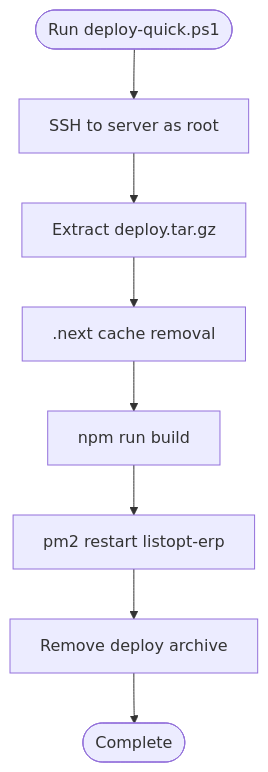
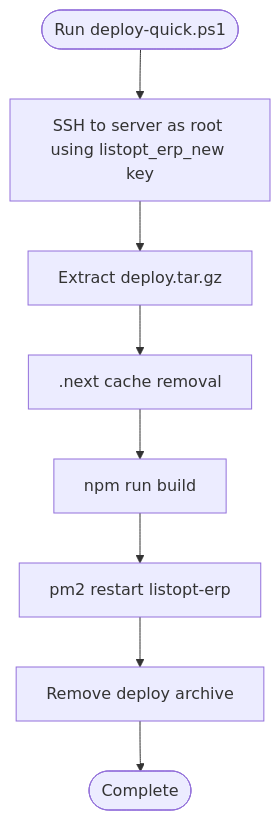
The sixth of 7 diagrams in .qoder/repowiki/en/content/Deployment & Operations.md (nzey11/erp-new), drawn with Mermaid before and after one commit. The commit also changed other lines of this file and 5 other files, not shown here.

````diff
--- a/.qoder/repowiki/en/content/Deployment & Operations.md
+++ b/.qoder/repowiki/en/content/Deployment & Operations.md
@@ -335,10 +338,10 @@
 ```mermaid
 flowchart TD
-QStart(["Run deploy-quick.ps1"]) --> SSH["SSH to server as root"]
+QStart(["Run deploy-quick.ps1"]) --> SSH["SSH to server as root using listopt_erp_new key"]
 SSH --> Extract["Extract deploy.tar.gz"]
 Extract --> Clean[".next cache removal"]
 Clean --> Build["npm run build"]
 Build --> PM2Restart["pm2 restart listopt-erp"]
 PM2Restart --> Cleanup["Remove deploy archive"]
 Cleanup --> Done(["Complete"])
 ```
````
